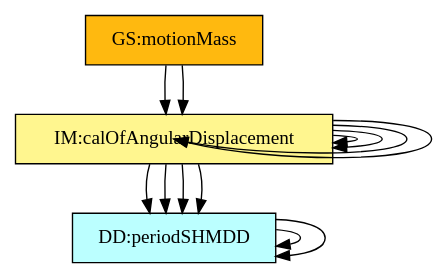
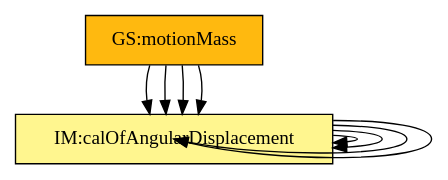
The diagram in code/stable/sglpend/TraceyGraph/allvsall.dot (JacquesCarette/Drasil), drawn with Graphviz before and after one commit. The commit also changed 88 other files, not shown here.

Commit message:
Stabilizing to figure out where things are going awry

```diff
--- a/code/stable/sglpend/TraceyGraph/allvsall.dot
+++ b/code/stable/sglpend/TraceyGraph/allvsall.dot
@@ -1,87 +1,57 @@
 digraph allvsall {
-	dataDefn:angularFrequency -> dataDefn:period;
-	dataDefn:period -> dataDefn:frequency;
-	theory:angFrequencyGD -> dataDefn:frequency;
 	theory:angFrequencyGD -> theory:newtonSLR;
-	theory:periodPendGD -> dataDefn:frequency;
-	theory:periodPendGD -> dataDefn:angularFrequency;
-	theory:periodPendGD -> dataDefn:period;
 	theory:periodPendGD -> theory:angFrequencyGD;
 	theory:angularDisplacementIM -> theory:newtonSLR;
 	theory:angularDisplacementIM -> theory:angFrequencyGD;
+	instance:calcAngPos -> theory:angularDisplacementIM;
+	instance:outputValues -> theory:angularDisplacementIM;
 	instance:calcAngPos -> theory:angularDisplacementIM;
 	instance:outputValues -> theory:angularDisplacementIM;
 
 
 	instance:twoDMotion	[shape=box, color=black, style=filled, fillcolor=mistyrose, label="A:twoDMotion"];
 	instance:cartSys	[shape=box, color=black, style=filled, fillcolor=mistyrose, label="A:cartSys"];
 	instance:cartSysR	[shape=box, color=black, style=filled, fillcolor=mistyrose, label="A:cartSysR"];
 	instance:yAxisDir	[shape=box, color=black, style=filled, fillcolor=mistyrose, label="A:yAxisDir"];
 
 	subgraph A {
 	rank="same"
 	{instance:twoDMotion, instance:cartSys, instance:cartSysR, instance:yAxisDir}
 	}
 
-	dataDefn:ixPos	[shape=box, color=black, style=filled, fillcolor=paleturquoise1, label="DD:positionIX"];
-	dataDefn:iyPos	[shape=box, color=black, style=filled, fillcolor=paleturquoise1, label="DD:positionIY"];
-	dataDefn:frequency	[shape=box, color=black, style=filled, fillcolor=paleturquoise1, label="DD:frequencyDD"];
-	dataDefn:angularFrequency	[shape=box, color=black, style=filled, fillcolor=paleturquoise1, label="DD:angFrequencyDD"];
-	dataDefn:period	[shape=box, color=black, style=filled, fillcolor=paleturquoise1, label="DD:periodSHMDD"];
-
-	subgraph DD {
-	rank="same"
-	{dataDefn:ixPos, dataDefn:iyPos, dataDefn:frequency, dataDefn:angularFrequency, dataDefn:period}
-	}
-
 	theory:accelerationTM	[shape=box, color=black, style=filled, fillcolor=pink, label="TM:acceleration"];
 	theory:velocityTM	[shape=box, color=black, style=filled, fillcolor=pink, label="TM:velocity"];
 	theory:newtonSL	[shape=box, color=black, style=filled, fillcolor=pink, label="TM:NewtonSecLawMot"];
 	theory:newtonSLR	[shape=box, color=black, style=filled, fillcolor=pink, label="TM:NewtonSecLawRotMot"];
-
-	subgraph TM {
-	rank="same"
-	{theory:accelerationTM, theory:velocityTM, theory:newtonSL, theory:newtonSLR}
-	}
-
 	theory:xVel	[shape=box, color=black, style=filled, fillcolor=palegreen, label="GD:velocityIX"];
 	theory:yVel	[shape=box, color=black, style=filled, fillcolor=palegreen, label="GD:velocityIY"];
 	theory:xScalAcc	[shape=box, color=black, style=filled, fillcolor=palegreen, label="GD:accelerationIX"];
 	theory:yScalAcc	[shape=box, color=black, style=filled, fillcolor=palegreen, label="GD:accelerationIY"];
 	theory:hForceOnPendulum	[shape=box, color=black, style=filled, fillcolor=palegreen, label="GD:hForceOnPendulum"];
 	theory:vForceOnPendulum	[shape=box, color=black, style=filled, fillcolor=palegreen, label="GD:vForceOnPendulum"];
 	theory:angFrequencyGD	[shape=box, color=black, style=filled, fillcolor=palegreen, label="GD:angFrequencyGD"];
 	theory:periodPendGD	[shape=box, color=black, style=filled, fillcolor=palegreen, label="GD:periodPend"];
-
-	subgraph GD {
-	rank="same"
-	{theory:xVel, theory:yVel, theory:xScalAcc, theory:yScalAcc, theory:hForceOnPendulum, theory:vForceOnPendulum, theory:angFrequencyGD, theory:periodPendGD}
-	}
-
 	theory:angularDisplacementIM	[shape=box, color=black, style=filled, fillcolor=khaki1, label="IM:calOfAngularDisplacement"];
-
-	subgraph IM {
-	rank="same"
-	{theory:angularDisplacementIM}
-	}
-
-	instance:inputValues	[shape=box, color=black, style=filled, fillcolor=ivory, label="FR:inputValues"];
 	instance:verifyInptVals	[shape=box, color=black, style=filled, fillcolor=ivory, label="FR:verifyInptVals"];
 	instance:calcAngPos	[shape=box, color=black, style=filled, fillcolor=ivory, label="FR:calcAngPos"];
 	instance:outputValues	[shape=box, color=black, style=filled, fillcolor=ivory, label="FR:outputValues"];
 	instance:correct	[shape=box, color=black, style=filled, fillcolor=ivory, label="NFR:correct"];
 	instance:portable	[shape=box, color=black, style=filled, fillcolor=ivory, label="NFR:portable"];
+	instance:inputValues	[shape=box, color=black, style=filled, fillcolor=ivory, label="FR:inputValues"];
+	instance:verifyInptVals	[shape=box, color=black, style=filled, fillcolor=ivory, label="FR:verifyInptVals"];
+	instance:calcAngPos	[shape=box, color=black, style=filled, fillcolor=ivory, label="FR:calcAngPos"];
+	instance:outputValues	[shape=box, color=black, style=filled, fillcolor=ivory, label="FR:outputValues"];
 
 	subgraph FR {
 	rank="same"
-	{instance:inputValues, instance:verifyInptVals, instance:calcAngPos, instance:outputValues, instance:correct, instance:portable}
+	{instance:verifyInptVals, instance:calcAngPos, instance:outputValues, instance:correct, instance:portable, instance:inputValues, instance:verifyInptVals, instance:calcAngPos, instance:outputValues}
 	}
 
 	instance:motionMass	[shape=box, color=black, style=filled, fillcolor=darkgoldenrod1, label="GS:motionMass"];
 
 	subgraph GS {
 	rank="same"
 	{instance:motionMass}
 	}
 
 }
```
